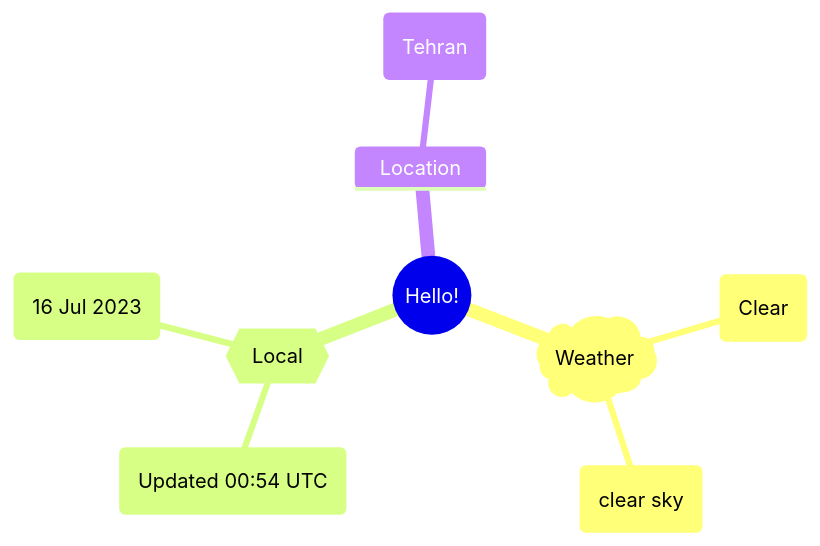
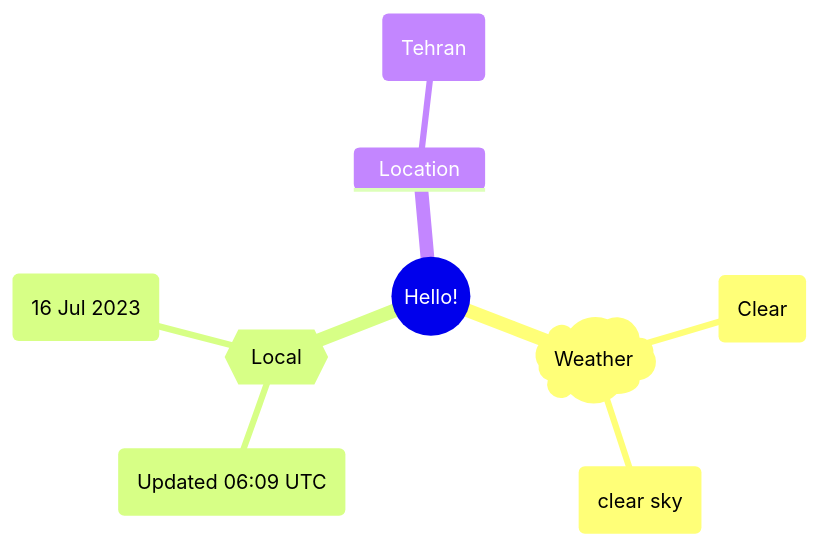
One commit to Xosrov/Xosrov changed the first of 2 diagrams in README.md. Above: the diagram before and after it, drawn with Mermaid.

Commit message:
[bot] updated images

````diff
--- a/README.md
+++ b/README.md
@@ -3,12 +3,12 @@
 ```mermaid
 mindmap
   root((Hello!))
     )Weather(
         (Clear)
         (clear sky)
     {{Local}}
-        (Updated 00:54 UTC)
+        (Updated 06:09 UTC)
         (16 Jul 2023)
     Location
         (Tehran)
 ```
````
